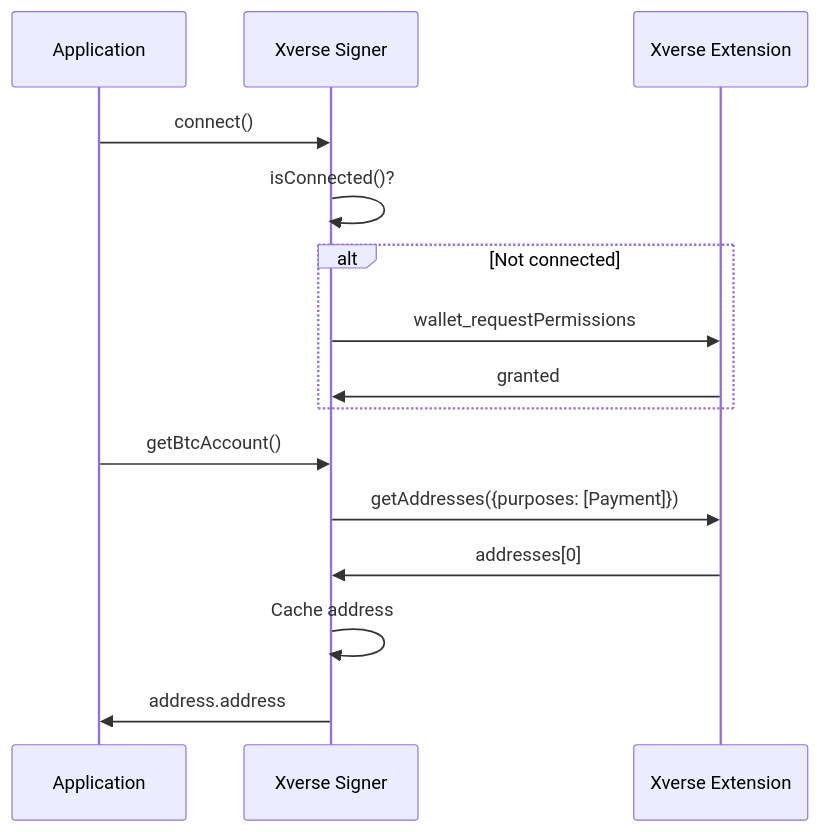
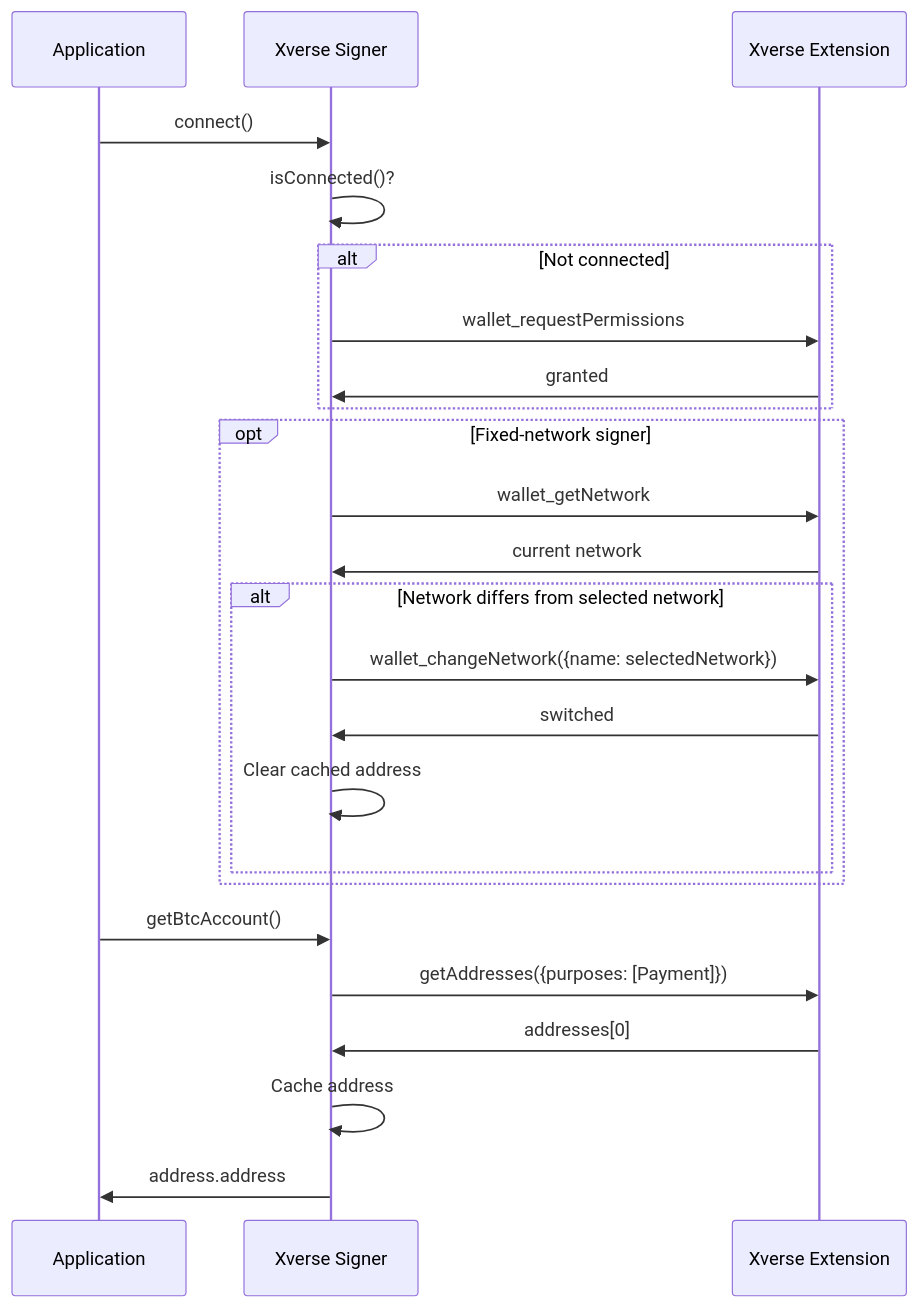
The third of 4 diagrams in packages/docs/content/docs/packages/wallet-integrations/xverse.mdx (ckb-devrel/ccc), drawn with Mermaid before and after one commit. The commit also changed other lines of this file and 18 other files, not shown here.

````diff
--- a/packages/docs/content/docs/packages/wallet-integrations/xverse.mdx
+++ b/packages/docs/content/docs/packages/wallet-integrations/xverse.mdx
@@ -104,18 +104,27 @@
 ```mermaid
 sequenceDiagram
     participant App as Application
     participant Signer as Xverse Signer
     participant Wallet as Xverse Extension
 
     App->>Signer: connect()
     Signer->>Signer: isConnected()?
     alt Not connected
         Signer->>Wallet: wallet_requestPermissions
         Wallet->>Signer: granted
     end
+    opt Fixed-network signer
+        Signer->>Wallet: wallet_getNetwork
+        Wallet->>Signer: current network
+        alt Network differs from selected network
+            Signer->>Wallet: wallet_changeNetwork({name: selectedNetwork})
+            Wallet->>Signer: switched
+            Signer->>Signer: Clear cached address
+        end
+    end
     App->>Signer: getBtcAccount()
     Signer->>Wallet: getAddresses({purposes: [Payment]})
     Wallet->>Signer: addresses[0]
     Signer->>Signer: Cache address
     Signer->>App: address.address
 ```
````
